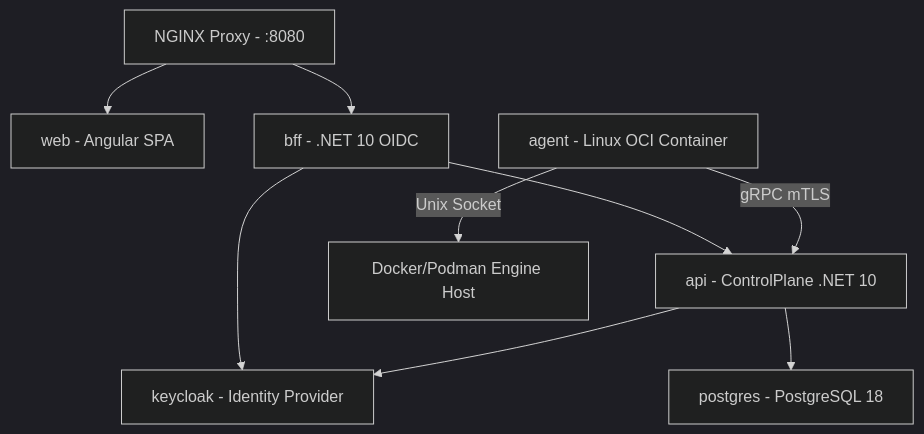
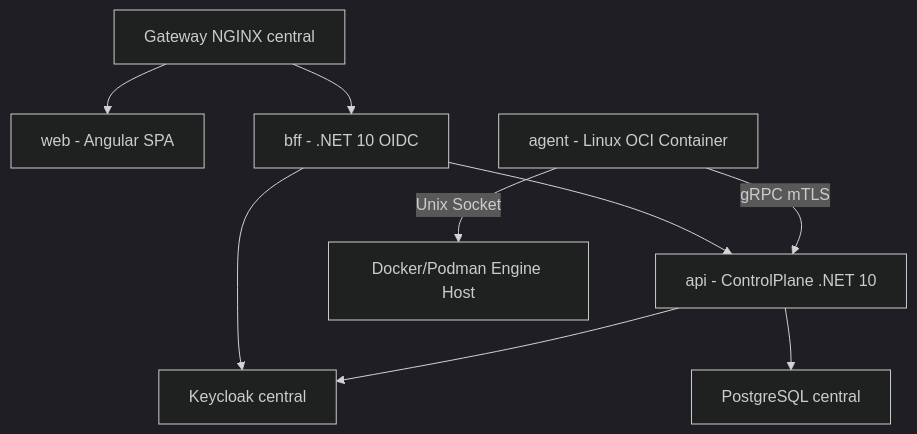
The diagram in docs/plan/p04-padronizacao-dockerfiles-compose.md (lzocateli/dokpod), drawn with Mermaid (dark theme) before and after one commit. The commit also changed other lines of this file and 7 other files, not shown here.

````diff
--- a/docs/plan/p04-padronizacao-dockerfiles-compose.md
+++ b/docs/plan/p04-padronizacao-dockerfiles-compose.md
@@ -59,11 +59,11 @@
 ```mermaid
 flowchart TD
-    Proxy[NGINX Proxy - :8080] --> Web[web - Angular SPA]
-    Proxy --> BFF[bff - .NET 10 OIDC]
-    BFF --> Keycloak[keycloak - Identity Provider]
-    BFF --> API[api - ControlPlane .NET 10]
-    API --> Postgres[postgres - PostgreSQL 18]
-    API --> Keycloak
+   Gateway[Gateway NGINX central] --> Web[web - Angular SPA]
+   Gateway --> BFF[bff - .NET 10 OIDC]
+   BFF --> Identity[Keycloak central]
+   BFF --> API[api - ControlPlane .NET 10]
+   API --> Postgres[PostgreSQL central]
+   API --> Identity
     Agent[agent - Linux OCI Container] -->|gRPC mTLS| API
     Agent -->|Unix Socket| Engine[Docker/Podman Engine Host]
 ```
````
